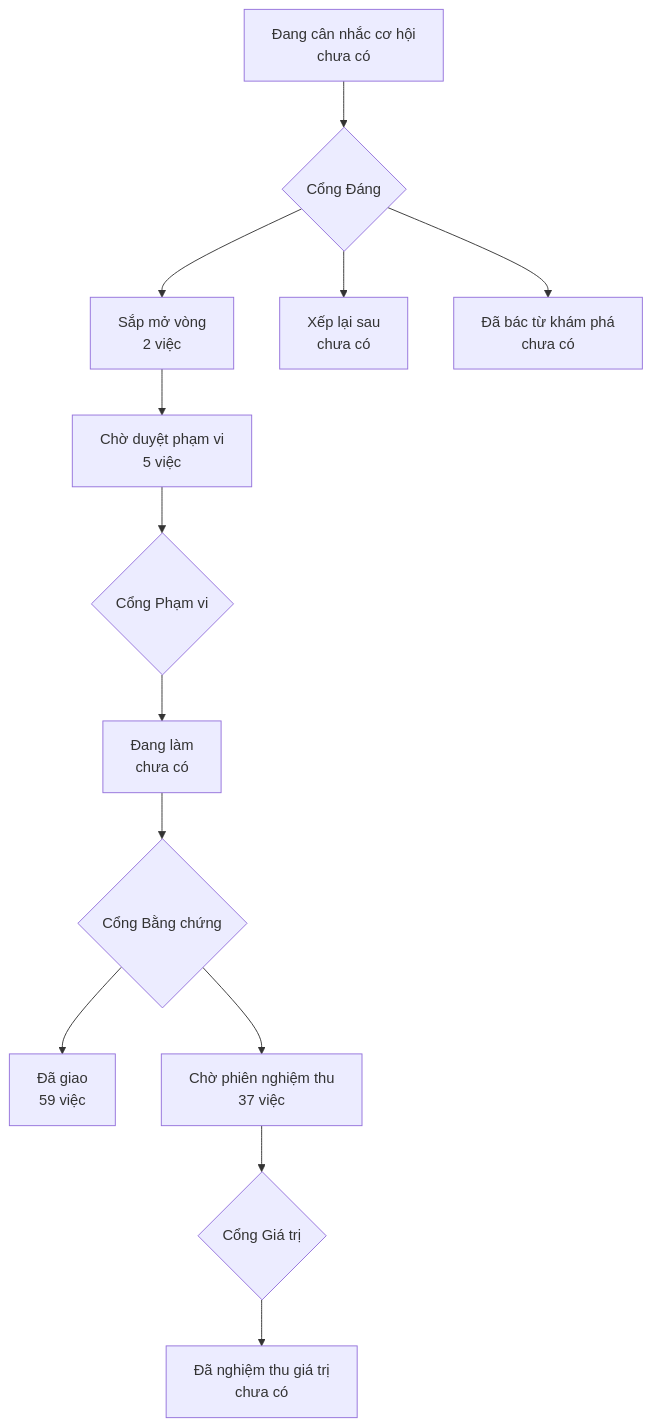
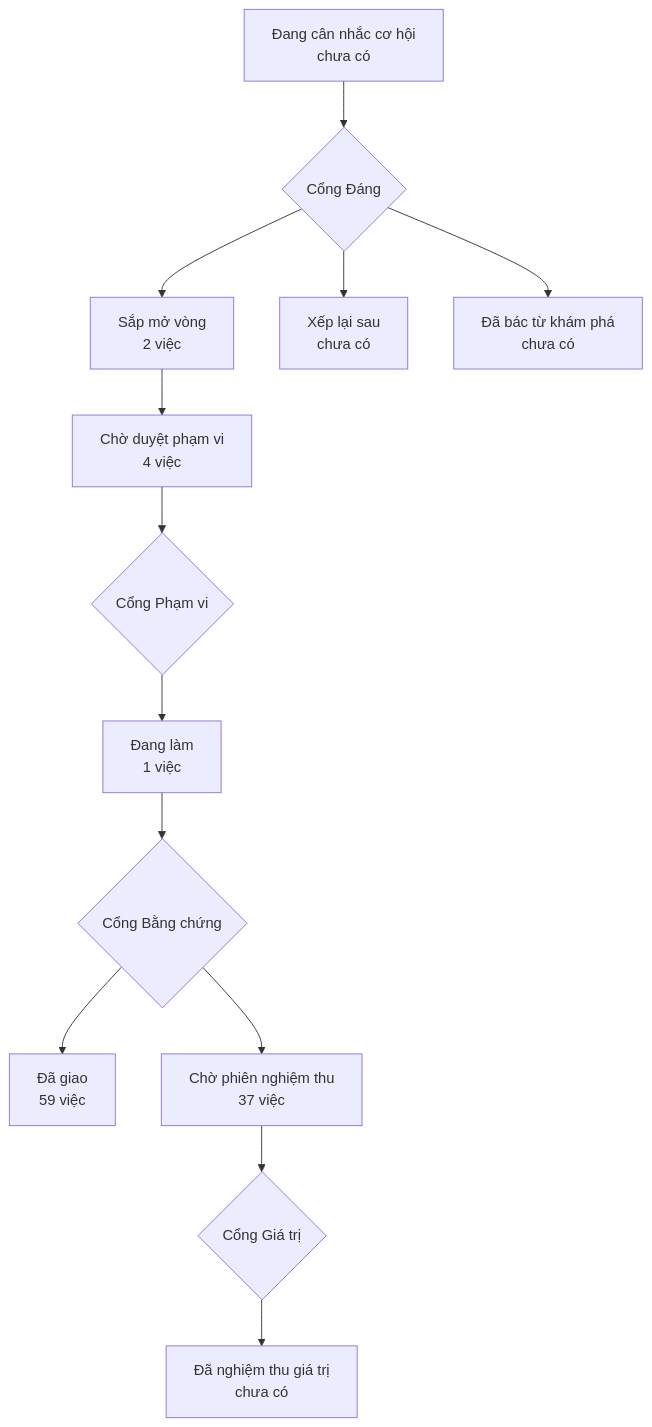
One commit to phanlemanh/onehub-invest changed the diagram in PRODUCT-MAP.md. Above: the diagram before and after it, drawn with Mermaid. The commit also changed other lines of this file and 2 other files, not shown here.

Commit message:
Gate 1 approve: tin-rao-gan-khu-vuc-dung — Mạnh

````diff
--- a/PRODUCT-MAP.md
+++ b/PRODUCT-MAP.md
@@ -7,12 +7,12 @@
 ```mermaid
 flowchart TD
   A["Đang cân nhắc cơ hội<br/>chưa có"] --> GD{"Cổng Đáng"}
   GD --> B["Sắp mở vòng<br/>2 việc"]
   GD --> XL["Xếp lại sau<br/>chưa có"]
   GD --> DB["Đã bác từ khám phá<br/>chưa có"]
-  B --> CD["Chờ duyệt phạm vi<br/>5 việc"] --> GP{"Cổng Phạm vi"}
-  GP --> DL["Đang làm<br/>chưa có"] --> GB{"Cổng Bằng chứng"}
+  B --> CD["Chờ duyệt phạm vi<br/>4 việc"] --> GP{"Cổng Phạm vi"}
+  GP --> DL["Đang làm<br/>1 việc"] --> GB{"Cổng Bằng chứng"}
   GB --> DG["Đã giao<br/>59 việc"]
   GB --> CN["Chờ phiên nghiệm thu<br/>37 việc"] --> GG{"Cổng Giá trị"}
   GG --> NT["Đã nghiệm thu giá trị<br/>chưa có"]
 ```
````
